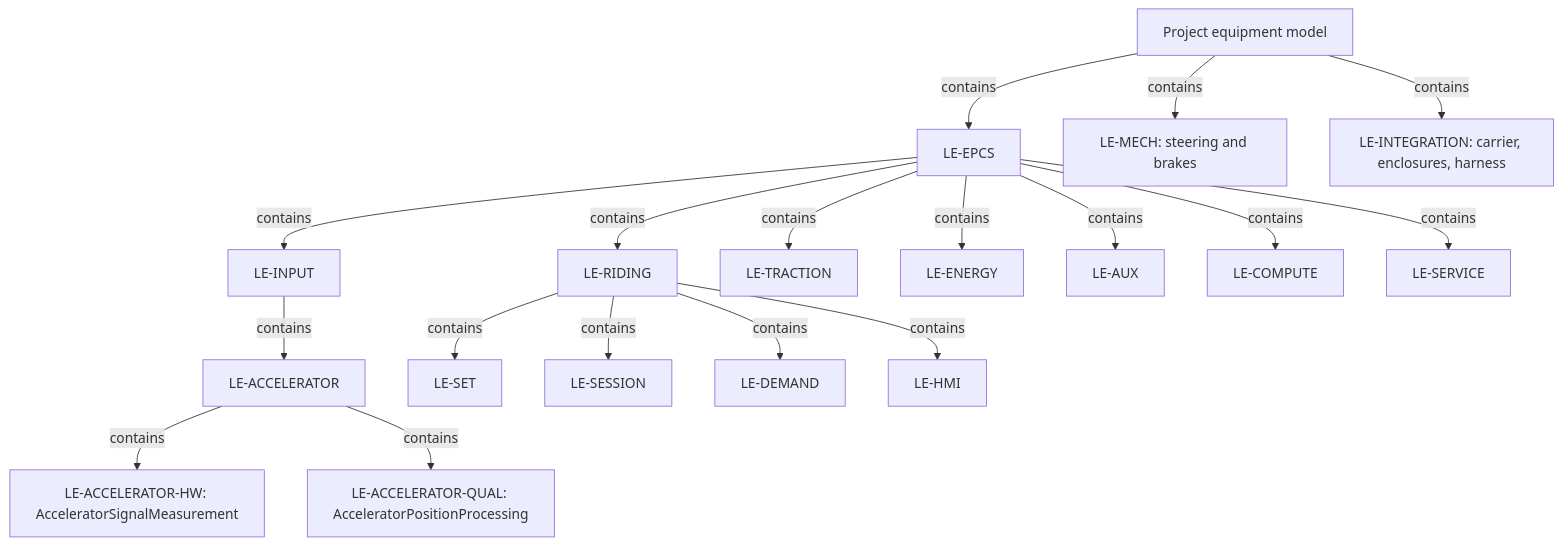
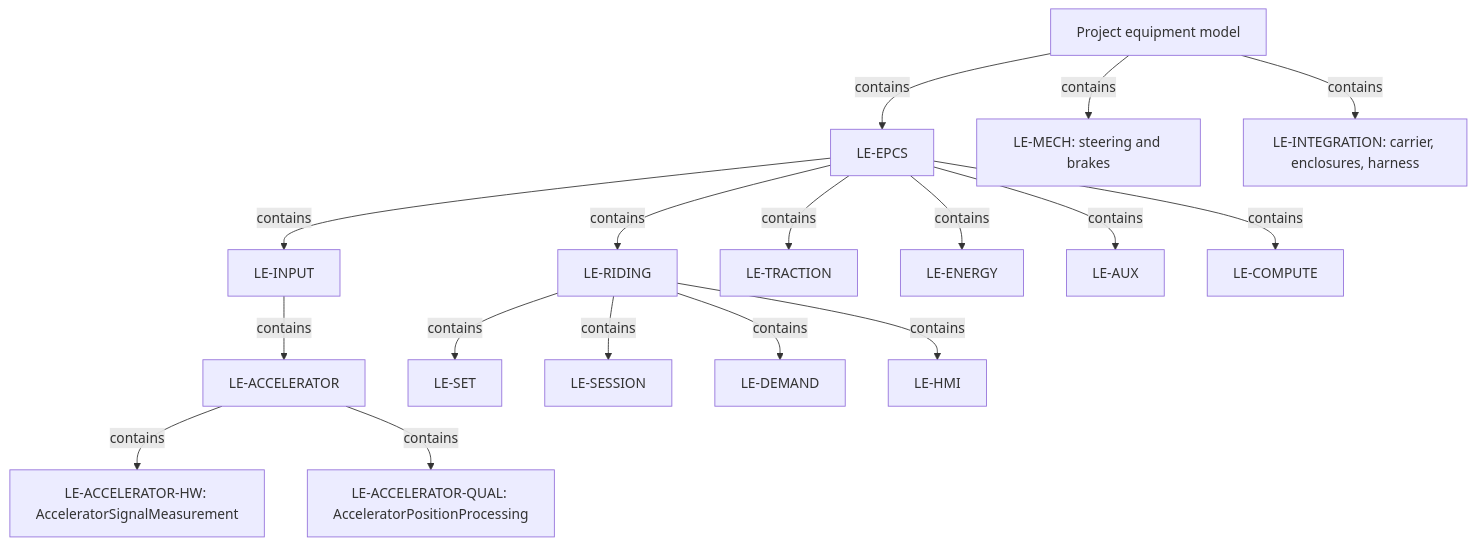
The first of 2 diagrams in .devenv/Architecture/SystemArchitecture/ARCH-001_System_Architecture.md (dhellhake/X2CityMCU), drawn with Mermaid before and after one commit. The commit also changed other lines of this file and 69 other files, not shown here.

````diff
--- a/.devenv/Architecture/SystemArchitecture/ARCH-001_System_Architecture.md
+++ b/.devenv/Architecture/SystemArchitecture/ARCH-001_System_Architecture.md
@@ -25,20 +25,19 @@
 ```mermaid
 flowchart TB
     Context["Project equipment model"] -->|contains| EPCS["LE-EPCS"]
     Context -->|contains| Mech["LE-MECH: steering and brakes"]
     Context -->|contains| VehicleIntegration["LE-INTEGRATION: carrier, enclosures, harness"]
     EPCS -->|contains| Riding["LE-RIDING"]
     EPCS -->|contains| Input["LE-INPUT"]
     EPCS -->|contains| Traction["LE-TRACTION"]
     EPCS -->|contains| Energy["LE-ENERGY"]
     EPCS -->|contains| Aux["LE-AUX"]
     EPCS -->|contains| Compute["LE-COMPUTE"]
-    EPCS -->|contains| Service["LE-SERVICE"]
     Input -->|contains| Accelerator["LE-ACCELERATOR"]
     Accelerator -->|contains| AcceleratorHw["LE-ACCELERATOR-HW: AcceleratorSignalMeasurement"]
     Accelerator -->|contains| AcceleratorQual["LE-ACCELERATOR-QUAL: AcceleratorPositionProcessing"]
     Riding -->|contains| Set["LE-SET"]
     Riding -->|contains| Session["LE-SESSION"]
     Riding -->|contains| Demand["LE-DEMAND"]
     Riding -->|contains| HMI["LE-HMI"]
 ```
````
